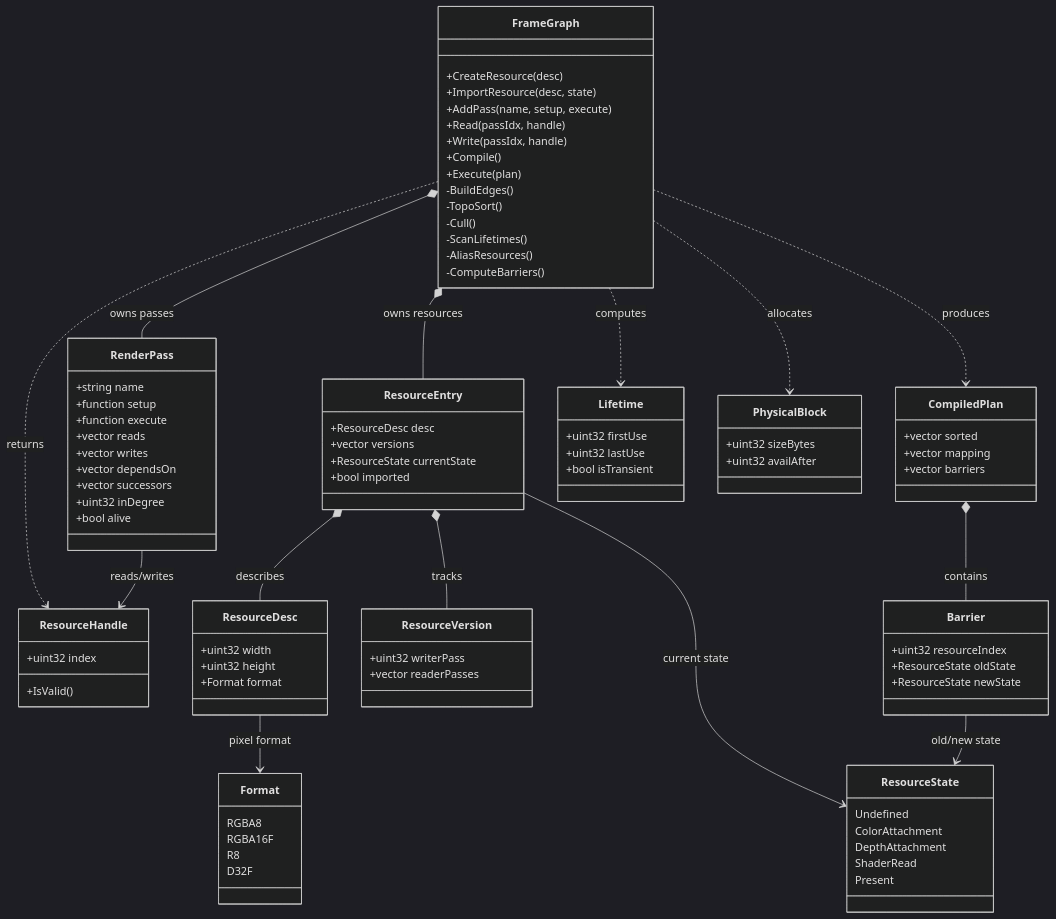
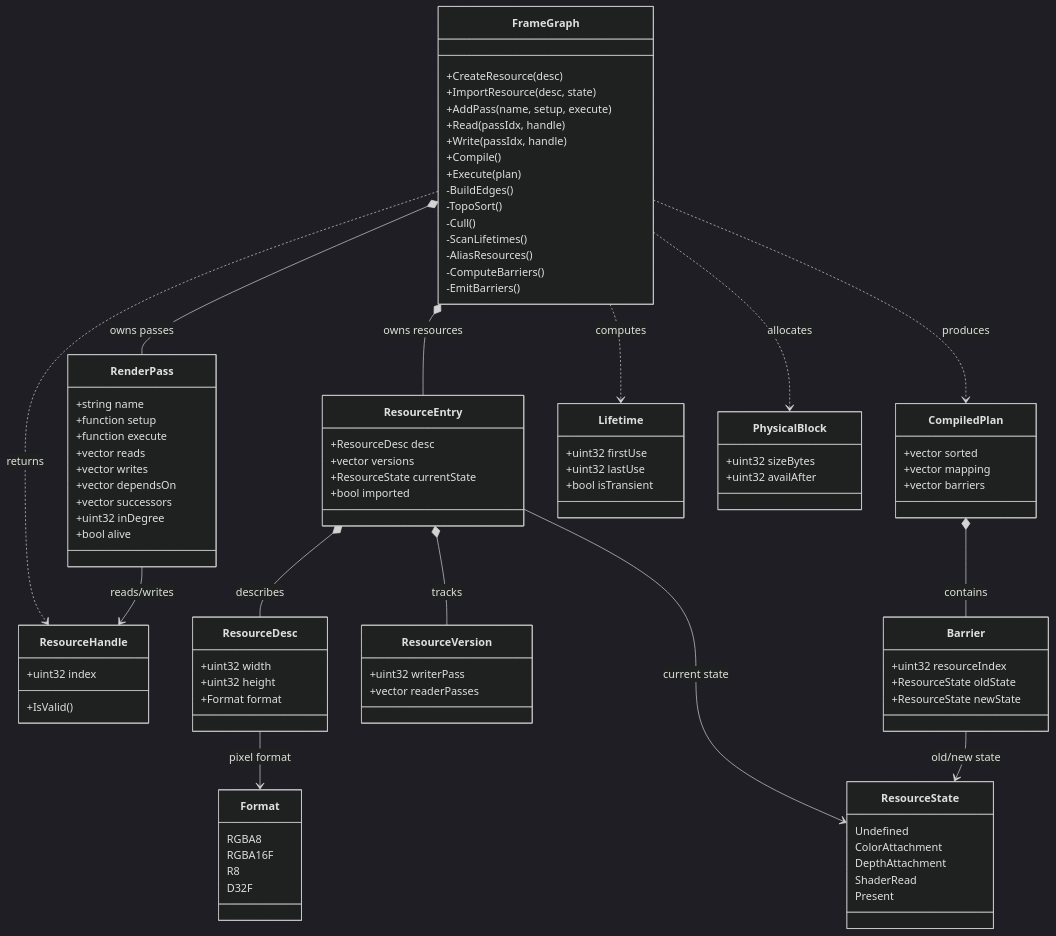
Before and after one commit to stoleckipawel/DeepSpark: the diagram in content/posts/frame-graph-build-it/index.md, drawn with Mermaid (dark theme). The commit also changed other lines of this file and 11 other files, not shown here.

```diff
--- a/content/posts/frame-graph-build-it/index.md
+++ b/content/posts/frame-graph-build-it/index.md
@@ -124,6 +124,7 @@
   -ScanLifetimes()
   -AliasResources()
   -ComputeBarriers()
+  -EmitBarriers()
 }
 class RenderPass{
   +string name
```
